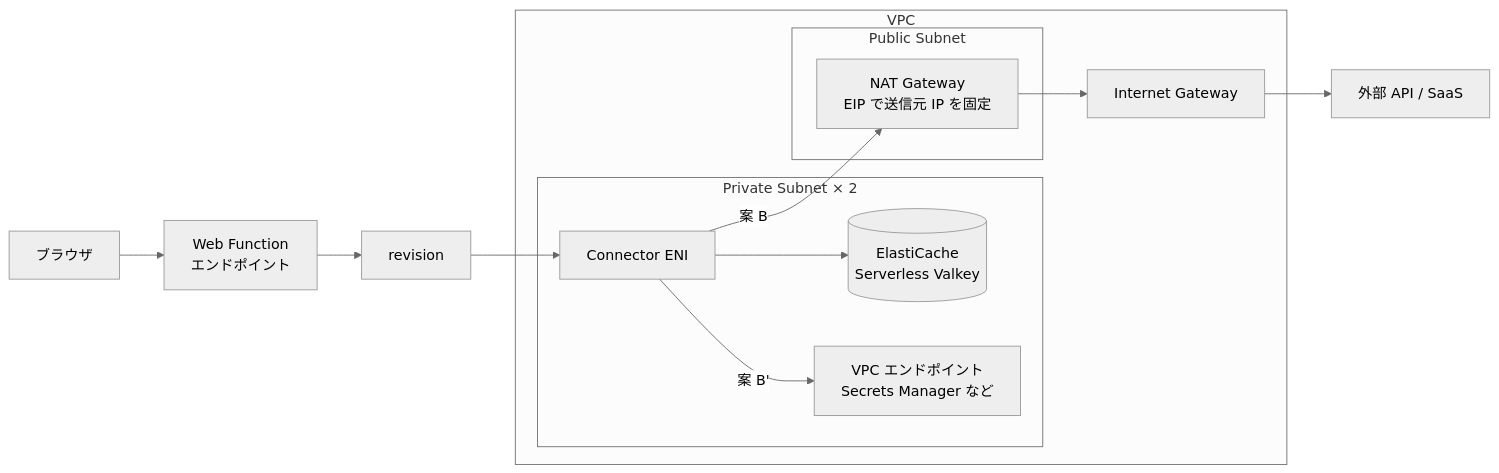
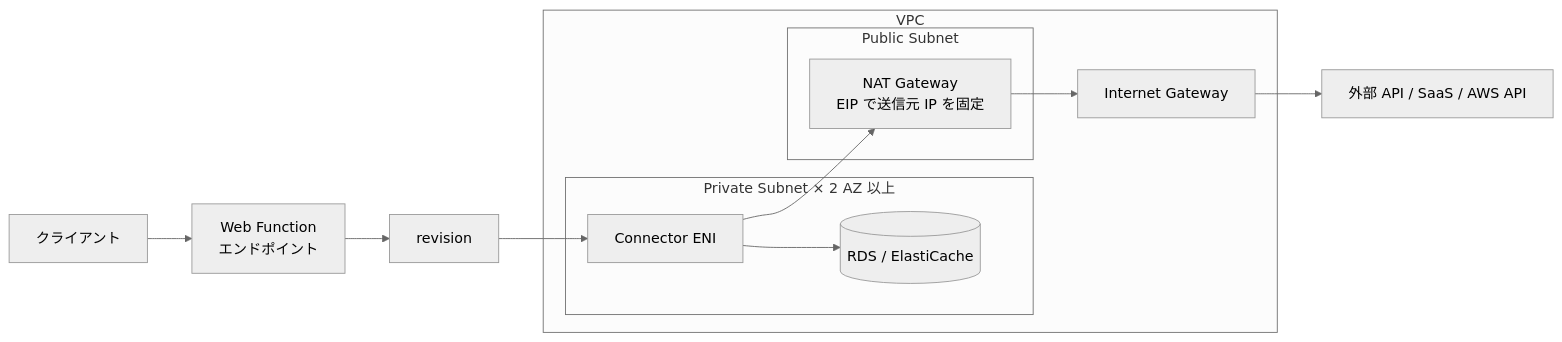
Before and after one commit to zaru/lambda-wf-nextjs: the fifth of 6 diagrams in docs/network-options.md, drawn with Mermaid (neutral theme). The commit also changed other lines of this file and 1 other file, not shown here.

````diff
--- a/docs/network-options.md
+++ b/docs/network-options.md
@@ -98,24 +122,22 @@
 ```mermaid
 flowchart LR
-    Browser["ブラウザ"] --> EP["Web Function<br/>エンドポイント"]
+    Client["クライアント"] --> EP["Web Function<br/>エンドポイント"]
     EP --> Rev["revision"]
 
     subgraph VPC["VPC"]
-        subgraph PS["Private Subnet × 2"]
+        subgraph PS["Private Subnet × 2 AZ 以上"]
             ENI["Connector ENI"]
-            Cache[("ElastiCache<br/>Serverless Valkey")]
-            VPCE["VPC エンドポイント<br/>Secrets Manager など"]
+            DB[("RDS / ElastiCache")]
         end
         subgraph PubS["Public Subnet"]
             NAT["NAT Gateway<br/>EIP で送信元 IP を固定"]
         end
         IGW["Internet Gateway"]
-        ENI --> Cache
-        ENI -->|"案 B'"| VPCE
-        ENI -->|"案 B"| NAT
+        ENI --> DB
+        ENI --> NAT
         NAT --> IGW
     end
 
     Rev --> ENI
-    IGW --> Ext["外部 API / SaaS"]
+    IGW --> Ext["外部 API / SaaS / AWS API"]
 ```
````
